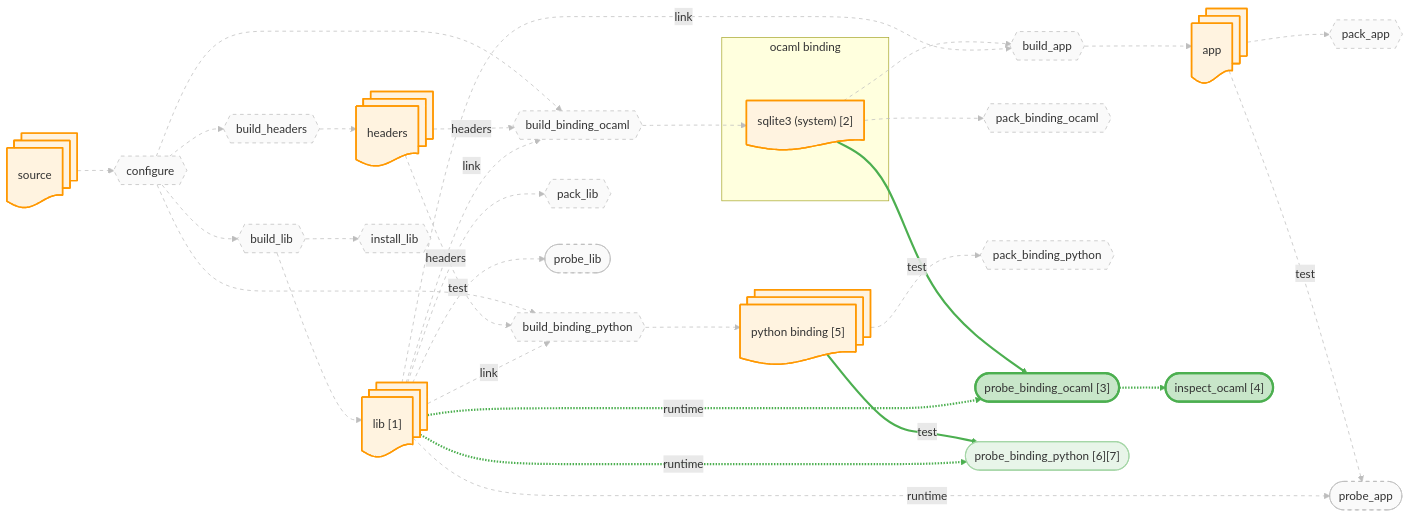
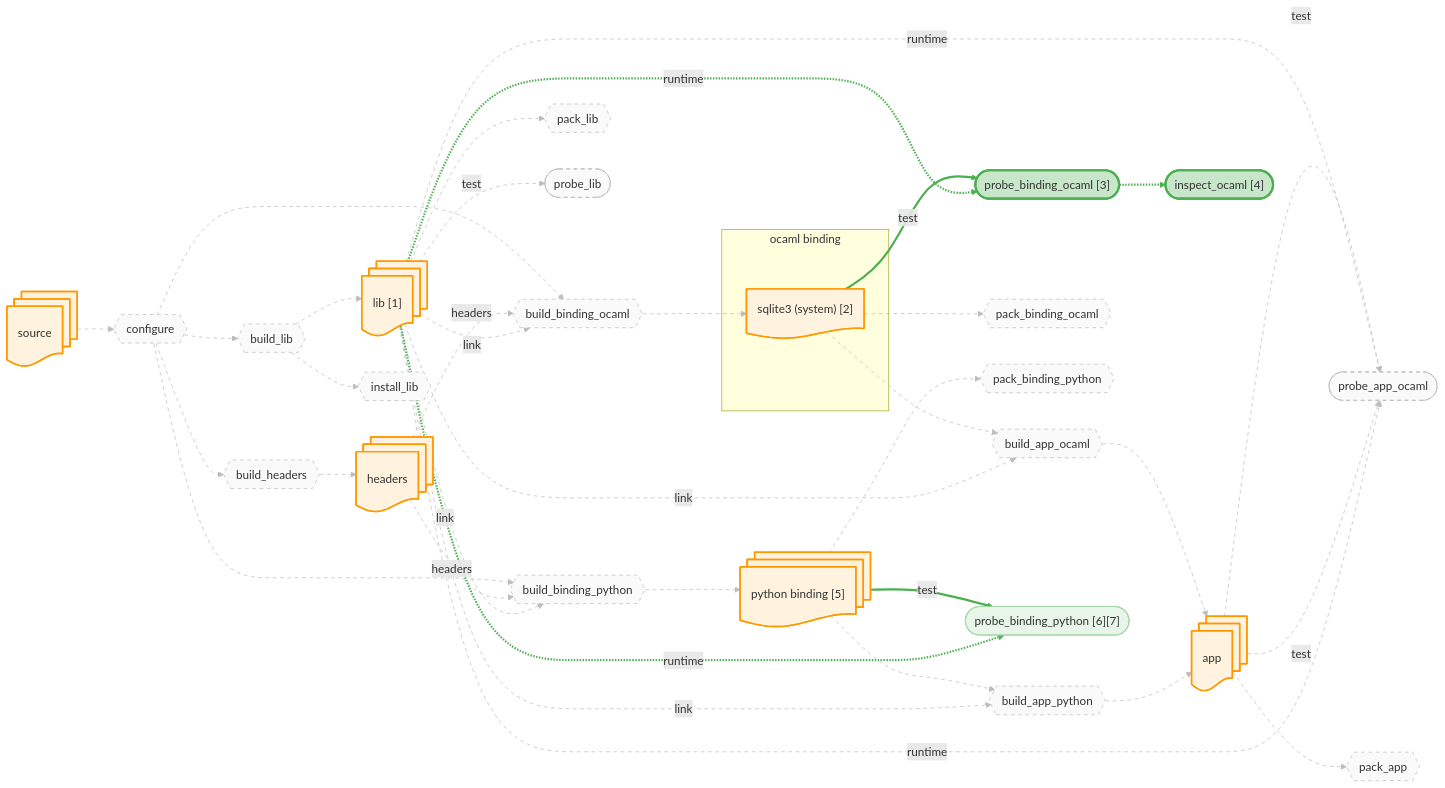
The diagram in docs/canary/projects/sqlite/-run/diagrams/binding_ocaml.mmd (JHU-PL-Lab/tola), drawn with Mermaid before and after one commit. The commit also changed 888 other files, not shown here.

```diff
--- a/docs/canary/projects/sqlite/-run/diagrams/binding_ocaml.mmd
+++ b/docs/canary/projects/sqlite/-run/diagrams/binding_ocaml.mmd
@@ -1,112 +1,126 @@
 %% view: binding_ocaml
 graph LR
     source_node@{ shape: docs, label: "source" }
     headers_node@{ shape: docs, label: "headers" }
     lib_node@{ shape: docs, label: "lib [1]" }
     app_node@{ shape: docs, label: "app" }
     subgraph ocaml_binding_sg ["ocaml binding"]
       ocaml_binding_fetch_node@{ shape: doc, label: "sqlite3 (system) [2]" }
     end
     python_binding_node@{ shape: docs, label: "python binding [5]" }
 
     A_configure{{"configure"}}
     A_build_headers{{"build_headers"}}
     A_build_lib{{"build_lib"}}
     A_build_binding_ocaml{{"build_binding_ocaml"}}
+    A_build_app_ocaml{{"build_app_ocaml"}}
     A_build_binding_python{{"build_binding_python"}}
-    A_build_app{{"build_app"}}
+    A_build_app_python{{"build_app_python"}}
     A_install_lib{{"install_lib"}}
     A_pack_binding_ocaml{{"pack_binding_ocaml"}}
     A_pack_binding_python{{"pack_binding_python"}}
     A_pack_lib{{"pack_lib"}}
     A_pack_app{{"pack_app"}}
     A_probe_binding_ocaml(["probe_binding_ocaml [3]"])
+    A_probe_app_ocaml(["probe_app_ocaml"])
     A_probe_binding_python(["probe_binding_python [6][7]"])
+    A_probe_app_ocaml(["probe_app_ocaml"])
     A_probe_lib(["probe_lib"])
-    A_probe_app(["probe_app"])
     A_probe_binding_ocaml_inspect(["inspect_ocaml [4]"])
 
     source_node --> A_configure
     A_configure --> A_build_headers
     A_build_headers --> headers_node
     A_configure --> A_build_lib
     A_build_lib --> lib_node
     A_configure --> A_build_binding_ocaml
     headers_node -.->|headers| A_build_binding_ocaml
     lib_node -.->|link| A_build_binding_ocaml
     A_build_binding_ocaml --> ocaml_binding_fetch_node
+    ocaml_binding_fetch_node --> A_build_app_ocaml
+    lib_node -.->|link| A_build_app_ocaml
+    A_build_app_ocaml --> app_node
     A_configure --> A_build_binding_python
     headers_node -.->|headers| A_build_binding_python
     lib_node -.->|link| A_build_binding_python
     A_build_binding_python --> python_binding_node
-    ocaml_binding_fetch_node --> A_build_app
-    lib_node -.->|link| A_build_app
-    A_build_app --> app_node
+    python_binding_node --> A_build_app_python
+    lib_node -.->|link| A_build_app_python
+    A_build_app_python --> app_node
     A_build_lib --> A_install_lib
     ocaml_binding_fetch_node --> A_pack_binding_ocaml
     python_binding_node --> A_pack_binding_python
     lib_node --> A_pack_lib
     app_node --> A_pack_app
     ocaml_binding_fetch_node -->|test| A_probe_binding_ocaml
     lib_node -.->|runtime| A_probe_binding_ocaml
+    app_node -->|test| A_probe_app_ocaml
+    lib_node -.->|runtime| A_probe_app_ocaml
     python_binding_node -->|test| A_probe_binding_python
     lib_node -.->|runtime| A_probe_binding_python
+    app_node -->|test| A_probe_app_ocaml
+    lib_node -.->|runtime| A_probe_app_ocaml
     lib_node -->|test| A_probe_lib
-    app_node -->|test| A_probe_app
-    lib_node -.->|runtime| A_probe_app
     A_probe_binding_ocaml -.-> A_probe_binding_ocaml_inspect
 
     classDef artifact fill:#fff3e0,stroke:#ff9800,stroke-width:2px
     classDef action fill:#f3e5f5,stroke:#9c27b0,stroke-width:2px
     classDef st_done fill:#c8e6c9,stroke:#4caf50,stroke-width:3px
     classDef st_done_ctx fill:#e8f5e9,stroke:#a5d6a7,stroke-width:1.5px
     classDef st_expected_fail fill:#fff9c4,stroke:#f9a825,stroke-width:2px
     classDef st_failed fill:#ffcdd2,stroke:#c62828,stroke-width:2px
     classDef st_skipped fill:#f5f5f5,stroke:#9e9e9e,stroke-dasharray:5
     classDef st_nospec fill:#fafafa,stroke:#bdbdbd,stroke-dasharray:5
     class source_node,headers_node,lib_node,app_node,ocaml_binding_fetch_node,python_binding_node artifact
     class A_configure st_nospec
     class A_build_headers st_nospec
     class A_build_lib st_nospec
     class A_build_binding_ocaml st_nospec
+    class A_build_app_ocaml st_nospec
     class A_build_binding_python st_nospec
-    class A_build_app st_nospec
+    class A_build_app_python st_nospec
     class A_install_lib st_nospec
     class A_pack_binding_ocaml st_nospec
     class A_pack_binding_python st_nospec
     class A_pack_lib st_nospec
     class A_pack_app st_nospec
     class A_probe_binding_ocaml st_done
+    class A_probe_app_ocaml st_nospec
     class A_probe_binding_python st_done_ctx
+    class A_probe_app_ocaml st_nospec
     class A_probe_lib st_nospec
-    class A_probe_app st_nospec
     class A_probe_binding_ocaml_inspect st_done
     linkStyle 0 stroke:#bdbdbd,stroke-width:1px,stroke-dasharray:5
     linkStyle 1 stroke:#bdbdbd,stroke-width:1px,stroke-dasharray:5
     linkStyle 2 stroke:#bdbdbd,stroke-width:1px,stroke-dasharray:5
     linkStyle 3 stroke:#bdbdbd,stroke-width:1px,stroke-dasharray:5
     linkStyle 4 stroke:#bdbdbd,stroke-width:1px,stroke-dasharray:5
     linkStyle 5 stroke:#bdbdbd,stroke-width:1px,stroke-dasharray:5
     linkStyle 6 stroke:#bdbdbd,stroke-width:1px,stroke-dasharray:5
     linkStyle 7 stroke:#bdbdbd,stroke-width:1px,stroke-dasharray:5
     linkStyle 8 stroke:#bdbdbd,stroke-width:1px,stroke-dasharray:5
     linkStyle 9 stroke:#bdbdbd,stroke-width:1px,stroke-dasharray:5
     linkStyle 10 stroke:#bdbdbd,stroke-width:1px,stroke-dasharray:5
     linkStyle 11 stroke:#bdbdbd,stroke-width:1px,stroke-dasharray:5
     linkStyle 12 stroke:#bdbdbd,stroke-width:1px,stroke-dasharray:5
     linkStyle 13 stroke:#bdbdbd,stroke-width:1px,stroke-dasharray:5
     linkStyle 14 stroke:#bdbdbd,stroke-width:1px,stroke-dasharray:5
     linkStyle 15 stroke:#bdbdbd,stroke-width:1px,stroke-dasharray:5
     linkStyle 16 stroke:#bdbdbd,stroke-width:1px,stroke-dasharray:5
     linkStyle 17 stroke:#bdbdbd,stroke-width:1px,stroke-dasharray:5
     linkStyle 18 stroke:#bdbdbd,stroke-width:1px,stroke-dasharray:5
     linkStyle 19 stroke:#bdbdbd,stroke-width:1px,stroke-dasharray:5
     linkStyle 20 stroke:#bdbdbd,stroke-width:1px,stroke-dasharray:5
-    linkStyle 21 stroke:#4caf50,stroke-width:3px
-    linkStyle 22 stroke:#4caf50,stroke-width:3px
-    linkStyle 23 stroke:#4caf50,stroke-width:3px
+    linkStyle 21 stroke:#bdbdbd,stroke-width:1px,stroke-dasharray:5
+    linkStyle 22 stroke:#bdbdbd,stroke-width:1px,stroke-dasharray:5
+    linkStyle 23 stroke:#bdbdbd,stroke-width:1px,stroke-dasharray:5
     linkStyle 24 stroke:#4caf50,stroke-width:3px
-    linkStyle 25 stroke:#bdbdbd,stroke-width:1px,stroke-dasharray:5
+    linkStyle 25 stroke:#4caf50,stroke-width:3px
     linkStyle 26 stroke:#bdbdbd,stroke-width:1px,stroke-dasharray:5
     linkStyle 27 stroke:#bdbdbd,stroke-width:1px,stroke-dasharray:5
     linkStyle 28 stroke:#4caf50,stroke-width:3px
+    linkStyle 29 stroke:#4caf50,stroke-width:3px
+    linkStyle 30 stroke:#bdbdbd,stroke-width:1px,stroke-dasharray:5
+    linkStyle 31 stroke:#bdbdbd,stroke-width:1px,stroke-dasharray:5
+    linkStyle 32 stroke:#bdbdbd,stroke-width:1px,stroke-dasharray:5
+    linkStyle 33 stroke:#4caf50,stroke-width:3px
```
